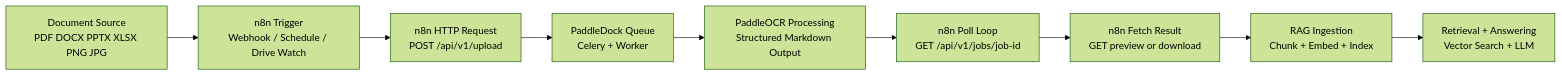
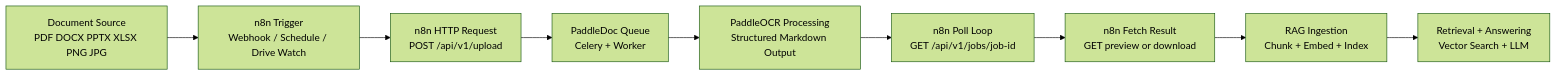
Before and after one commit to Nico-MC/PaddleDoc: the diagram in README.md, drawn with Mermaid (forest theme). The commit also changed other lines of this file, not shown here.

Commit message:
Naming missmatch PaddleDoc in README

````diff
--- a/README.md
+++ b/README.md
@@ -163,11 +163,11 @@
 ```mermaid
 flowchart LR
    A[Document Source\nPDF DOCX PPTX XLSX PNG JPG] --> B[n8n Trigger\nWebhook / Schedule / Drive Watch]
    B --> C[n8n HTTP Request\nPOST /api/v1/upload]
-   C --> D[PaddleDock Queue\nCelery + Worker]
+   C --> D[PaddleDoc Queue\nCelery + Worker]
    D --> E[PaddleOCR Processing\nStructured Markdown Output]
    E --> F[n8n Poll Loop\nGET /api/v1/jobs/job-id]
    F --> G[n8n Fetch Result\nGET preview or download]
    G --> H[RAG Ingestion\nChunk + Embed + Index]
    H --> I[Retrieval + Answering\nVector Search + LLM]
 ```
````
